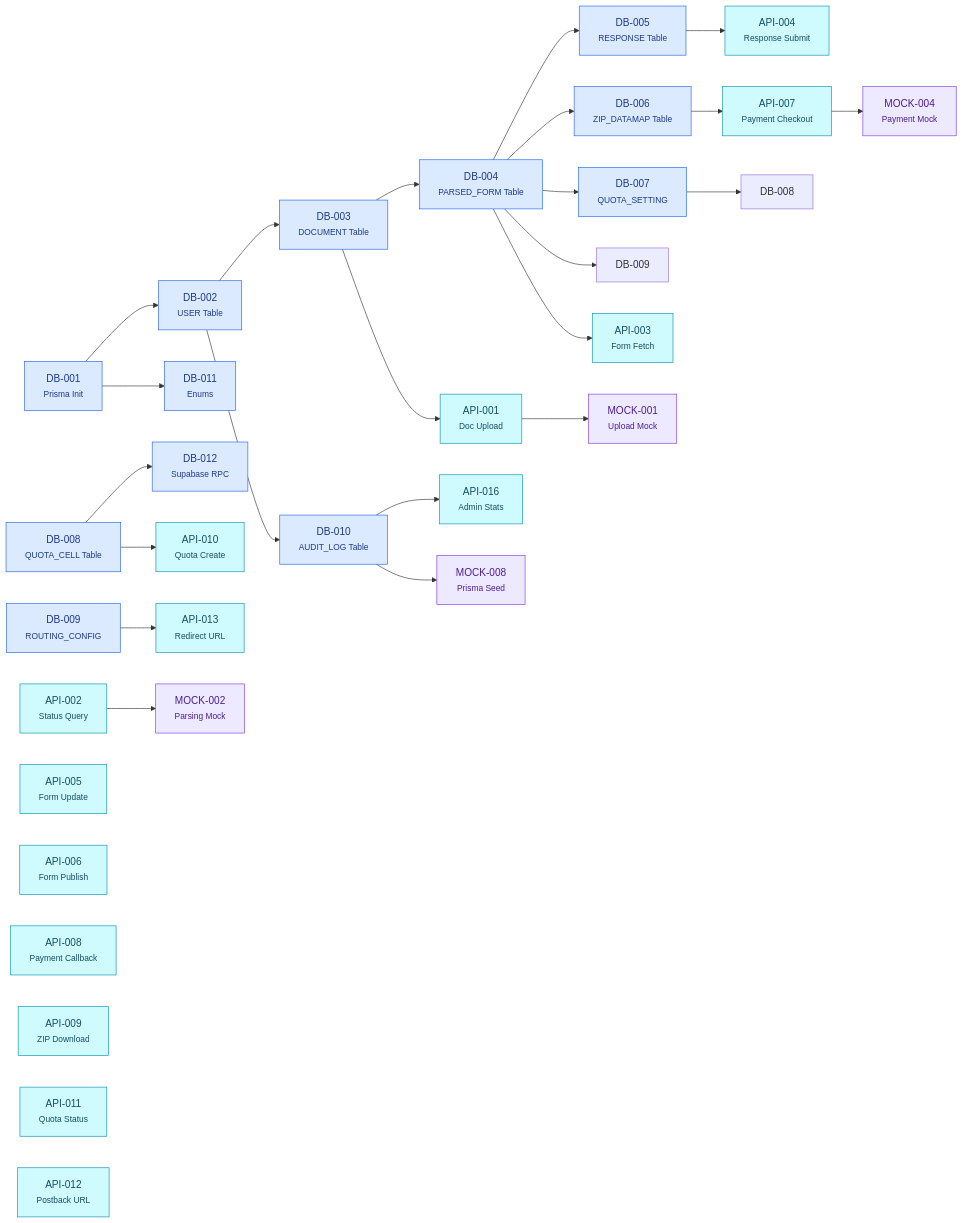
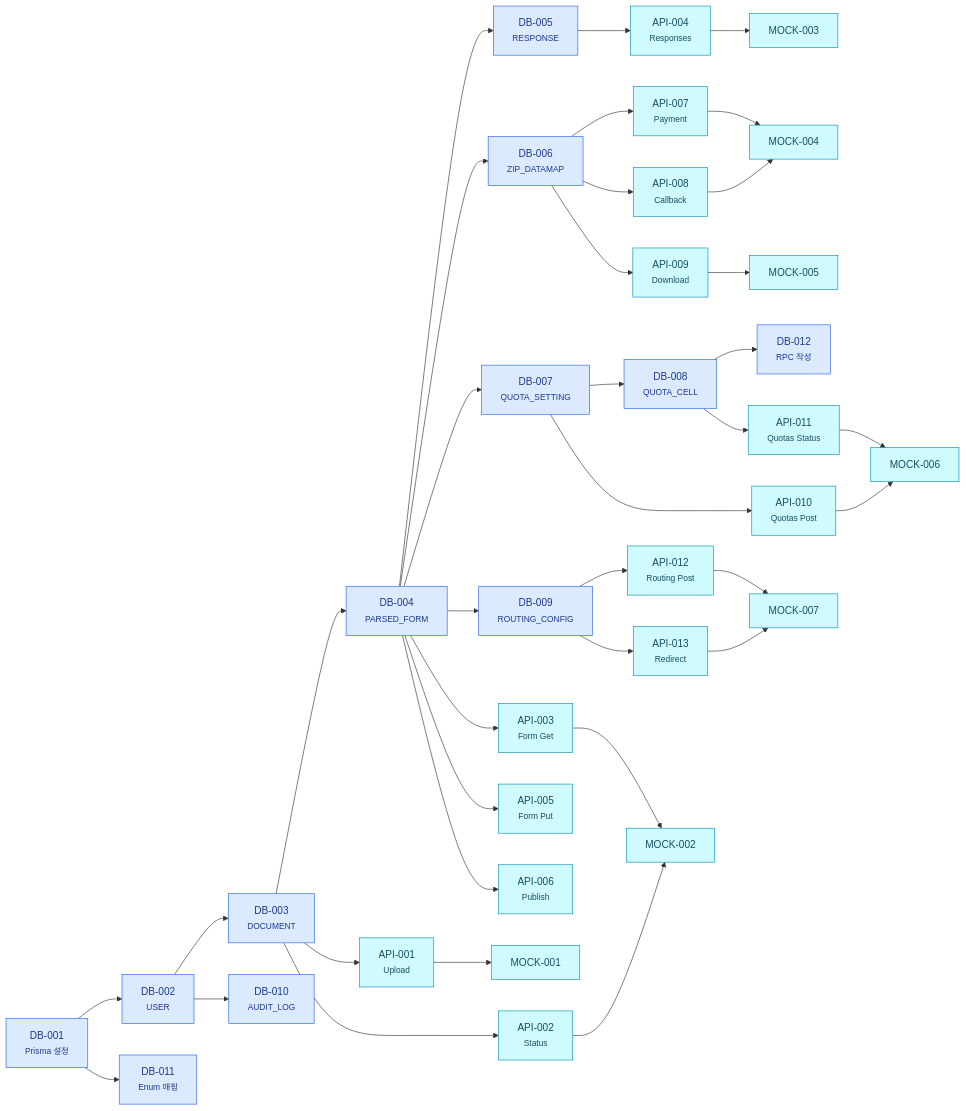
One commit to ZeroWalnut-0/SRS-from-PRD-AI_Survey changed the second of 3 diagrams in TASKS/08_DEPENDENCY_DIAGRAM.md. Above: the diagram before and after it, drawn with Mermaid. The commit also changed other lines of this file and 2 other files, not shown here.

Commit message:
TASK 의존성 상세 다이어그램 업데이트

````diff
--- a/TASKS/08_DEPENDENCY_DIAGRAM.md
+++ b/TASKS/08_DEPENDENCY_DIAGRAM.md
@@ -105,68 +566,80 @@
 ```mermaid
 flowchart LR
-    DB_001["DB-001<br/><small>Prisma Init</small>"]
-    DB_002["DB-002<br/><small>USER Table</small>"]
-    DB_003["DB-003<br/><small>DOCUMENT Table</small>"]
-    DB_004["DB-004<br/><small>PARSED_FORM Table</small>"]
-    DB_005["DB-005<br/><small>RESPONSE Table</small>"]
-    DB_006["DB-006<br/><small>ZIP_DATAMAP Table</small>"]
+    DB_001["DB-001<br/><small>Prisma 설정</small>"]
+    DB_002["DB-002<br/><small>USER</small>"]
+    DB_003["DB-003<br/><small>DOCUMENT</small>"]
+    DB_004["DB-004<br/><small>PARSED_FORM</small>"]
+    DB_005["DB-005<br/><small>RESPONSE</small>"]
+    DB_006["DB-006<br/><small>ZIP_DATAMAP</small>"]
     DB_007["DB-007<br/><small>QUOTA_SETTING</small>"]
-    DB_008["DB-008<br/><small>QUOTA_CELL Table</small>"]
+    DB_008["DB-008<br/><small>QUOTA_CELL</small>"]
     DB_009["DB-009<br/><small>ROUTING_CONFIG</small>"]
-    DB_010["DB-010<br/><small>AUDIT_LOG Table</small>"]
-    DB_011["DB-011<br/><small>Enums</small>"]
-    DB_012["DB-012<br/><small>Supabase RPC</small>"]
+    DB_010["DB-010<br/><small>AUDIT_LOG</small>"]
+    DB_011["DB-011<br/><small>Enum 매핑</small>"]
+    DB_012["DB-012<br/><small>RPC 작성</small>"]
 
-    API_001["API-001<br/><small>Doc Upload</small>"]
-    API_002["API-002<br/><small>Status Query</small>"]
-    API_003["API-003<br/><small>Form Fetch</small>"]
-    API_004["API-004<br/><small>Response Submit</small>"]
-    API_005["API-005<br/><small>Form Update</small>"]
-    API_006["API-006<br/><small>Form Publish</small>"]
-    API_007["API-007<br/><small>Payment Checkout</small>"]
-    API_008["API-008<br/><small>Payment Callback</small>"]
-    API_009["API-009<br/><small>ZIP Download</small>"]
-    API_010["API-010<br/><small>Quota Create</small>"]
-    API_011["API-011<br/><small>Quota Status</small>"]
-    API_012["API-012<br/><small>Postback URL</small>"]
-    API_013["API-013<br/><small>Redirect URL</small>"]
-    API_016["API-016<br/><small>Admin Stats</small>"]
+    API_001["API-001<br/><small>Upload</small>"]
+    API_002["API-002<br/><small>Status</small>"]
+    API_003["API-003<br/><small>Form Get</small>"]
+    API_004["API-004<br/><small>Responses</small>"]
+    API_005["API-005<br/><small>Form Put</small>"]
+    API_006["API-006<br/><small>Publish</small>"]
+    API_007["API-007<br/><small>Payment</small>"]
+    API_008["API-008<br/><small>Callback</small>"]
+    API_009["API-009<br/><small>Download</small>"]
+    API_010["API-010<br/><small>Quotas Post</small>"]
+    API_011["API-011<br/><small>Quotas Status</small>"]
+    API_012["API-012<br/><small>Routing Post</small>"]
+    API_013["API-013<br/><small>Redirect</small>"]
 
-    MOCK_001["MOCK-001<br/><small>Upload Mock</small>"]
-    MOCK_002["MOCK-002<br/><small>Parsing Mock</small>"]
-    MOCK_004["MOCK-004<br/><small>Payment Mock</small>"]
-    MOCK_008["MOCK-008<br/><small>Prisma Seed</small>"]
+    MOCK_001["MOCK-001"]
+    MOCK_002["MOCK-002"]
+    MOCK_003["MOCK-003"]
+    MOCK_004["MOCK-004"]
+    MOCK_005["MOCK-005"]
+    MOCK_006["MOCK-006"]
+    MOCK_007["MOCK-007"]
 
     DB_001 --> DB_002
     DB_001 --> DB_011
     DB_002 --> DB_003
     DB_002 --> DB_010
     DB_003 --> DB_004
     DB_004 --> DB_005
     DB_004 --> DB_006
     DB_004 --> DB_007
-    DB_004 --> DB-009
-    DB_007 --> DB-008
+    DB_004 --> DB_009
+    DB_007 --> DB_008
     DB_008 --> DB_012
-
+    
     DB_003 --> API_001
+    DB_003 --> API_002
     DB_004 --> API_003
     DB_005 --> API_004
+    DB_004 --> API_005
+    DB_004 --> API_006
     DB_006 --> API_007
-    DB_008 --> API_010
+    DB_006 --> API_008
+    DB_006 --> API_009
+    DB_007 --> API_010
+    DB_008 --> API_011
+    DB_009 --> API_012
     DB_009 --> API_013
-    DB_010 --> API_016
 
     API_001 --> MOCK_001
     API_002 --> MOCK_002
+    API_003 --> MOCK_002
+    API_004 --> MOCK_003
     API_007 --> MOCK_004
-    DB_010 --> MOCK_008
+    API_008 --> MOCK_004
+    API_009 --> MOCK_005
+    API_010 --> MOCK_006
+    API_011 --> MOCK_006
+    API_012 --> MOCK_007
+    API_013 --> MOCK_007
 
-    %% Epic colors
-    classDef cDb   fill:#DBEAFE,stroke:#2563EB,color:#1E3A8A
-    classDef cApi  fill:#CFFAFE,stroke:#0891B2,color:#164E63
-    classDef cMock fill:#EDE9FE,stroke:#7C3AED,color:#4C1D95
+    classDef cDb     fill:#DBEAFE,stroke:#2563EB,color:#1E3A8A
+    classDef cApi    fill:#CFFAFE,stroke:#0891B2,color:#164E63
     class DB_001,DB_002,DB_003,DB_004,DB_005,DB_006,DB_007,DB_008,DB_009,DB_010,DB_011,DB_012 cDb
-    class API_001,API_002,API_003,API_004,API_005,API_006,API_007,API_008,API_009,API_010,API_011,API_012,API_013,API_016 cApi
-    class MOCK_001,MOCK_002,MOCK_004,MOCK_008 cMock
+    class API_001,API_002,API_003,API_004,API_005,API_006,API_007,API_008,API_009,API_010,API_011,API_012,API_013,MOCK_001,MOCK_002,MOCK_003,MOCK_004,MOCK_005,MOCK_006,MOCK_007 cApi
 ```
````
